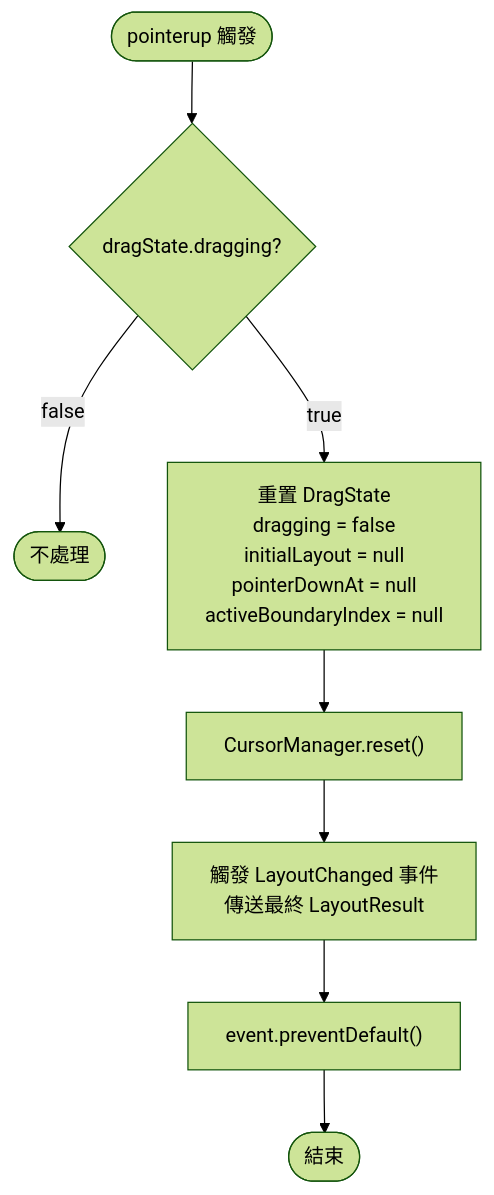
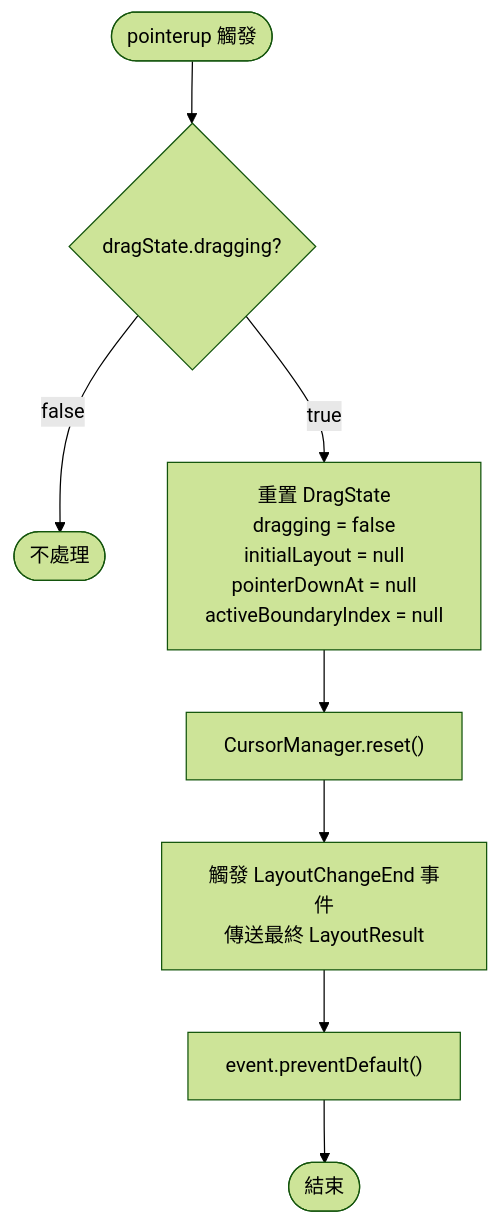
The eighth of 9 diagrams in V1-SA.md (laidasan/resizable-panel), drawn with Mermaid (forest theme) before and after one commit. The commit also changed other lines of this file and 13 other files, not shown here.

````diff
--- a/V1-SA.md
+++ b/V1-SA.md
@@ -683,11 +683,11 @@
 ```mermaid
 flowchart TD
     Entry(["pointerup 觸發"])
     Entry --> DragCheck{dragState.dragging?}
     DragCheck -- false --> Ignore(["不處理"])
     DragCheck -- true --> ResetState["重置 DragState<br/>dragging = false<br/>initialLayout = null<br/>pointerDownAt = null<br/>activeBoundaryIndex = null"]
     ResetState --> ResetCursor["CursorManager.reset()"]
-    ResetCursor --> EmitChanged["觸發 LayoutChanged 事件<br/>傳送最終 LayoutResult"]
+    ResetCursor --> EmitChanged["觸發 LayoutChangeEnd 事件<br/>傳送最終 LayoutResult"]
     EmitChanged --> Prevent["event.preventDefault()"]
     Prevent --> Return(["結束"])
 ```
````
